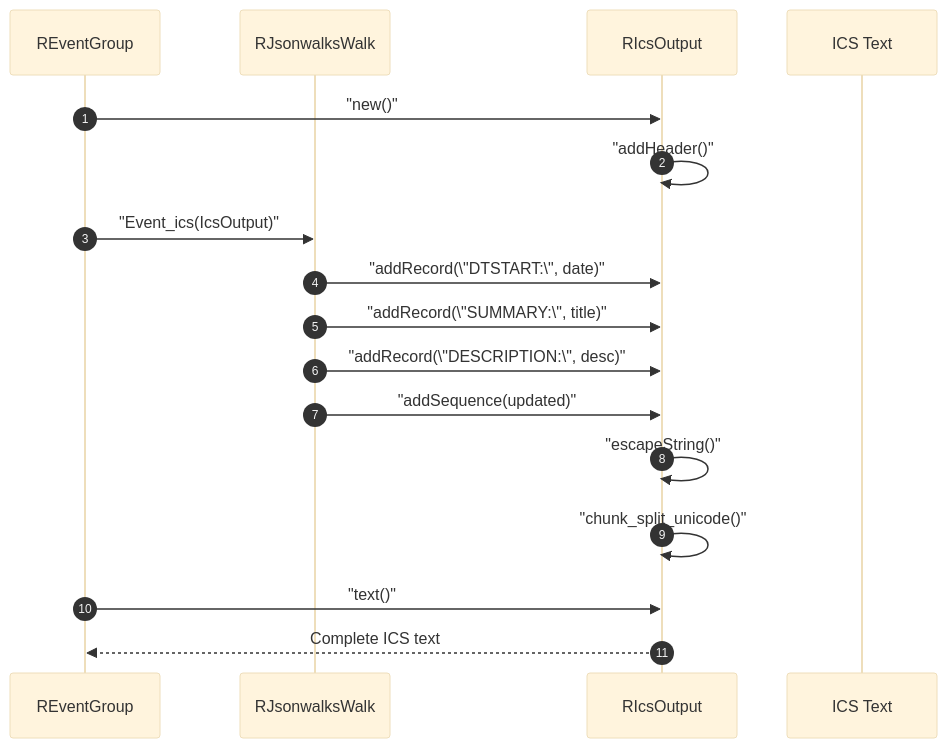
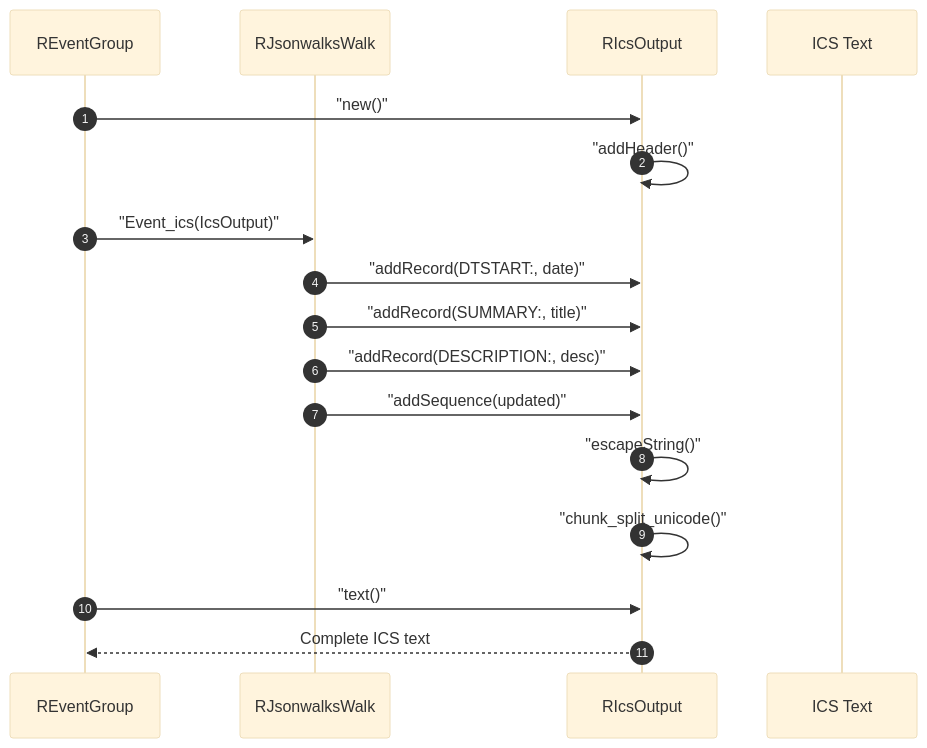
One commit to pauljrhodes/ramblers-library changed the second of 2 diagrams in ics/HLD.md. Above: the diagram before and after it, drawn with Mermaid (base theme). The commit also changed other lines of this file and 32 other files, not shown here.

Commit message:
Fix Mermaid diagrams for GitHub rendering

````diff
--- a/ics/HLD.md
+++ b/ics/HLD.md
@@ -121,20 +121,20 @@
 ```mermaid
 sequenceDiagram
     autonumber
     participant EventGroup as REventGroup
     participant Walk as RJsonwalksWalk
     participant IcsOutput as RIcsOutput
     participant IcsText as ICS Text
 
     EventGroup->>IcsOutput: "new()"
     IcsOutput->>IcsOutput: "addHeader()"
     EventGroup->>Walk: "Event_ics(IcsOutput)"
-    Walk->>IcsOutput: "addRecord(\"DTSTART:\", date)"
-    Walk->>IcsOutput: "addRecord(\"SUMMARY:\", title)"
-    Walk->>IcsOutput: "addRecord(\"DESCRIPTION:\", desc)"
+    Walk->>IcsOutput: "addRecord(DTSTART:, date)"
+    Walk->>IcsOutput: "addRecord(SUMMARY:, title)"
+    Walk->>IcsOutput: "addRecord(DESCRIPTION:, desc)"
     Walk->>IcsOutput: "addSequence(updated)"
     IcsOutput->>IcsOutput: "escapeString()"
     IcsOutput->>IcsOutput: "chunk_split_unicode()"
     EventGroup->>IcsOutput: "text()"
     IcsOutput-->>EventGroup: Complete ICS text
 ```
````
